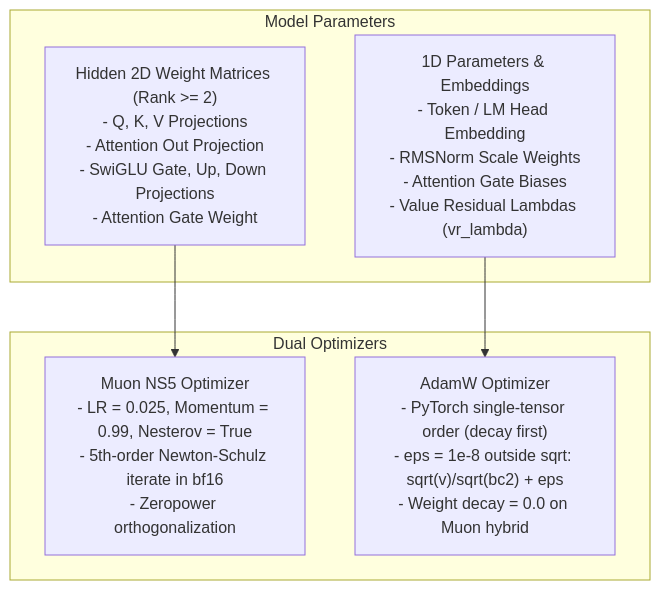
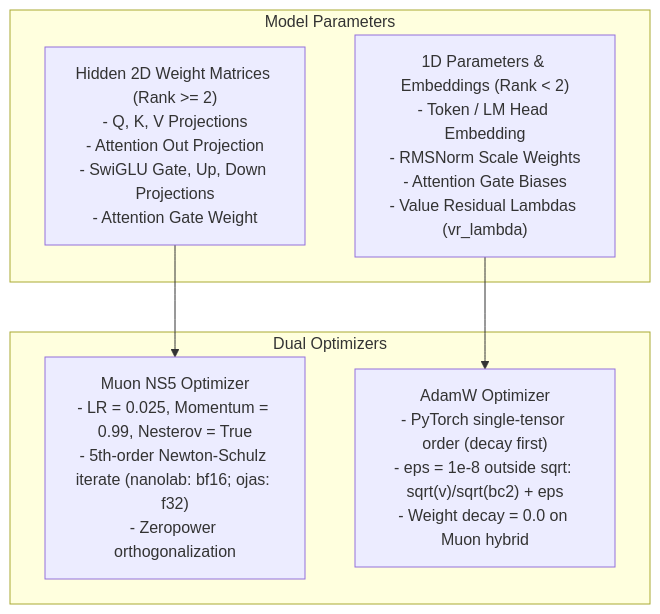
One commit to bharathvbcr/ojas changed the second of 3 diagrams in docs/op-coverage.md. Above: the diagram before and after it, drawn with Mermaid. The commit also changed other lines of this file and 341 other files, not shown here.

````diff
--- a/docs/op-coverage.md
+++ b/docs/op-coverage.md
@@ -61,15 +62,15 @@
 ```mermaid
 flowchart TD
     subgraph ModelWeights["Model Parameters"]
         HiddenMat["Hidden 2D Weight Matrices (Rank >= 2)\n- Q, K, V Projections\n- Attention Out Projection\n- SwiGLU Gate, Up, Down Projections\n- Attention Gate Weight"]
-        OneD["1D Parameters & Embeddings\n- Token / LM Head Embedding\n- RMSNorm Scale Weights\n- Attention Gate Biases\n- Value Residual Lambdas (vr_lambda)"]
+        OneD["1D Parameters & Embeddings (Rank < 2)\n- Token / LM Head Embedding\n- RMSNorm Scale Weights\n- Attention Gate Biases\n- Value Residual Lambdas (vr_lambda)"]
     end
 
     subgraph Optimizers["Dual Optimizers"]
-        Muon["Muon NS5 Optimizer\n- LR = 0.025, Momentum = 0.99, Nesterov = True\n- 5th-order Newton-Schulz iterate in bf16\n- Zeropower orthogonalization"]
+        Muon["Muon NS5 Optimizer\n- LR = 0.025, Momentum = 0.99, Nesterov = True\n- 5th-order Newton-Schulz iterate (nanolab: bf16; ojas: f32)\n- Zeropower orthogonalization"]
         AdamW["AdamW Optimizer\n- PyTorch single-tensor order (decay first)\n- eps = 1e-8 outside sqrt: sqrt(v)/sqrt(bc2) + eps\n- Weight decay = 0.0 on Muon hybrid"]
     end
 
     HiddenMat --> Muon
     OneD --> AdamW
 ```
````
